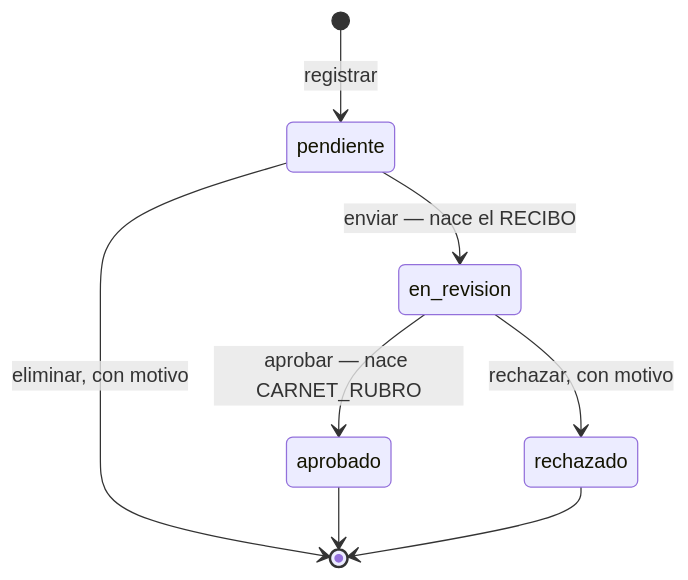
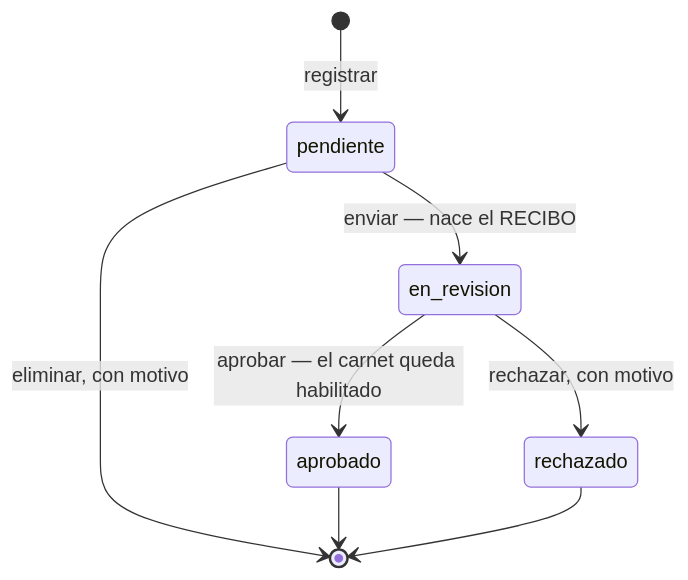
Before and after one commit to nachoDevOS/jichi: the second of 3 diagrams in docs/MER.md, drawn with Mermaid. The commit also changed other lines of this file and 70 other files, not shown here.

````diff
--- a/docs/MER.md
+++ b/docs/MER.md
@@ -223,10 +212,10 @@
 ```mermaid
 stateDiagram-v2
     [*] --> pendiente : registrar
     pendiente --> en_revision : enviar — nace el RECIBO
     pendiente --> [*] : eliminar, con motivo
-    en_revision --> aprobado : aprobar — nace CARNET_RUBRO
+    en_revision --> aprobado : aprobar — el carnet queda habilitado
     en_revision --> rechazado : rechazar, con motivo
     aprobado --> [*]
     rechazado --> [*]
 ```
````
